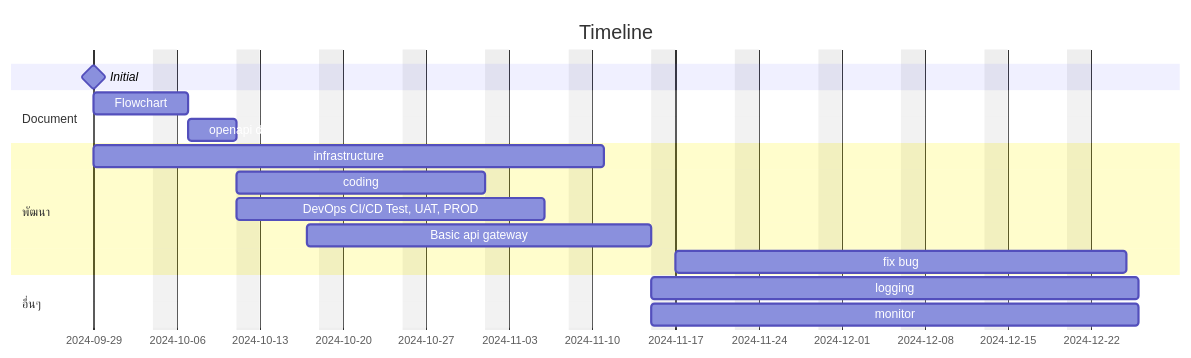
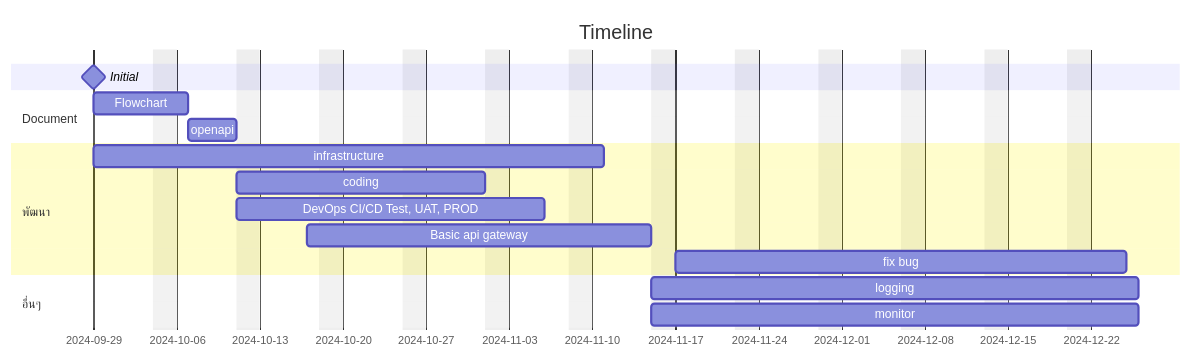
One commit to lionants02/public changed the fifth of 5 diagrams in ktb-amed/README.md. Above: the diagram before and after it, drawn with Mermaid.

````diff
--- a/ktb-amed/README.md
+++ b/ktb-amed/README.md
@@ -107,20 +107,20 @@
 ```mermaid
 gantt
     title Timeline
     dateFormat YYYY-MM-DD
     excludes weekends
     weekend friday
     Initial : milestone,m1 ,2024-09-29,0d
     section Document
         Flowchart   :f1, 2024-09-29, 6d
-        openapi doc          :a1, 2024-10-07, 4d
+        openapi          :a1, 2024-10-07, 4d
     section พัฒนา
         infrastructure: 2024-09-29, 31d
         coding :2024-10-11, 16d
         DevOps CI/CD Test, UAT, PROD    :2024-10-11, 19d
         Basic api gateway    :2024-10-17, 21d
         fix bug    :28d
     section อื่นๆ
         logging :2024-11-15, 30d
         monitor :2024-11-15, 30d
 ```
````
